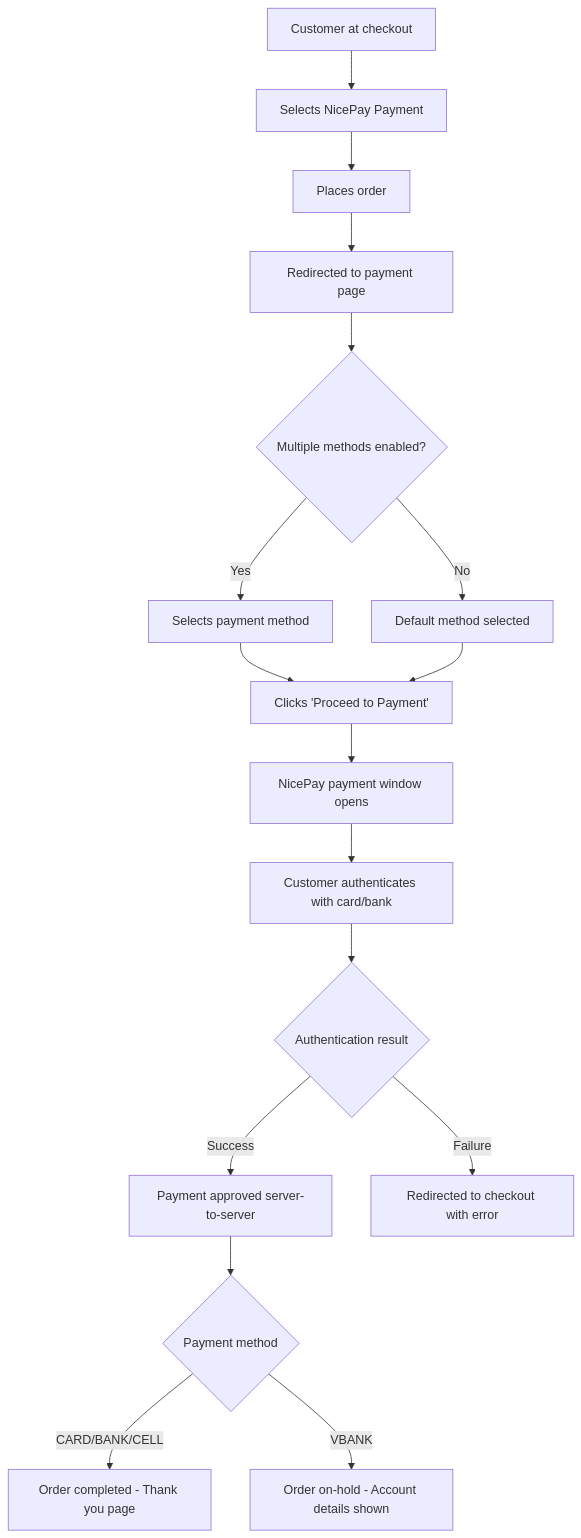
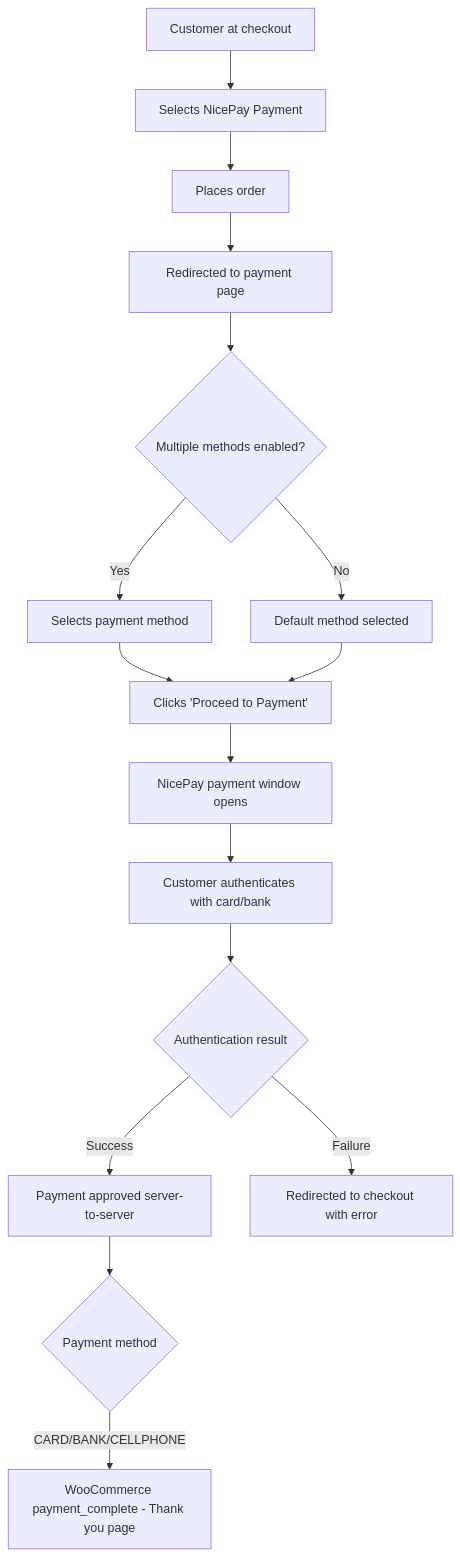
One commit to cemililik/nicepay-paymentgateway-wordpress-plugin changed the second of 3 diagrams in docs/USER-GUIDE.md. Above: the diagram before and after it, drawn with Mermaid. The commit also changed other lines of this file and 109 other files, not shown here.

````diff
--- a/docs/USER-GUIDE.md
+++ b/docs/USER-GUIDE.md
@@ -298,19 +309,18 @@
 ```mermaid
 flowchart TD
     A[Customer at checkout] --> B[Selects NicePay Payment]
     B --> C[Places order]
     C --> D[Redirected to payment page]
     D --> E{Multiple methods enabled?}
     E -->|Yes| F[Selects payment method]
     E -->|No| G[Default method selected]
     F --> H[Clicks 'Proceed to Payment']
     G --> H
     H --> I[NicePay payment window opens]
     I --> J[Customer authenticates with card/bank]
     J --> K{Authentication result}
     K -->|Success| L[Payment approved server-to-server]
     K -->|Failure| M[Redirected to checkout with error]
     L --> N{Payment method}
-    N -->|CARD/BANK/CELL| O[Order completed - Thank you page]
-    N -->|VBANK| P[Order on-hold - Account details shown]
+    N -->|CARD/BANK/CELLPHONE| O[WooCommerce payment_complete - Thank you page]
 ```
````
